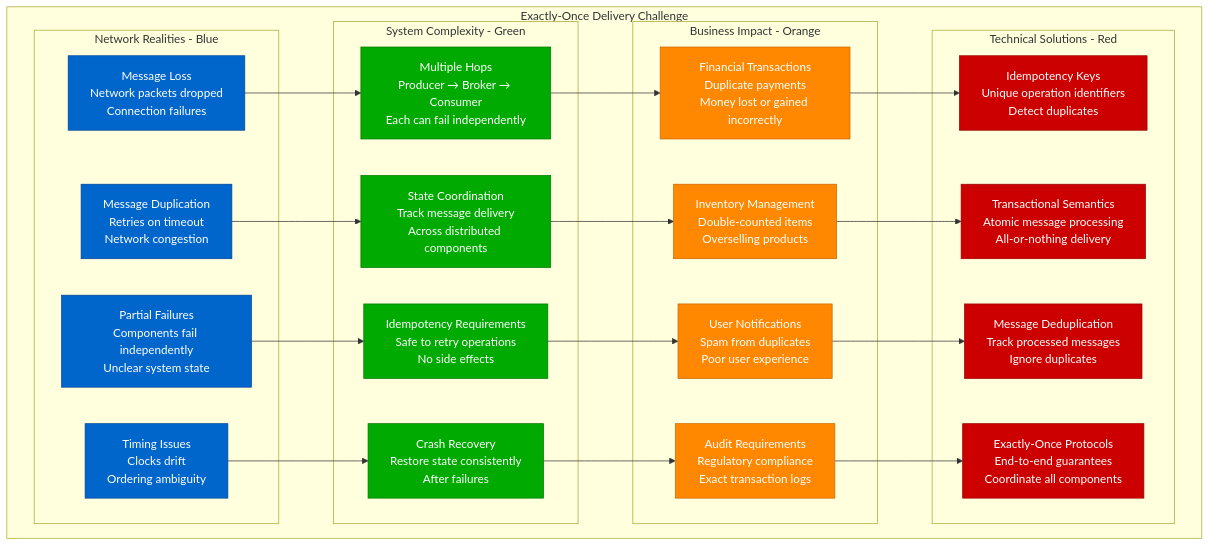
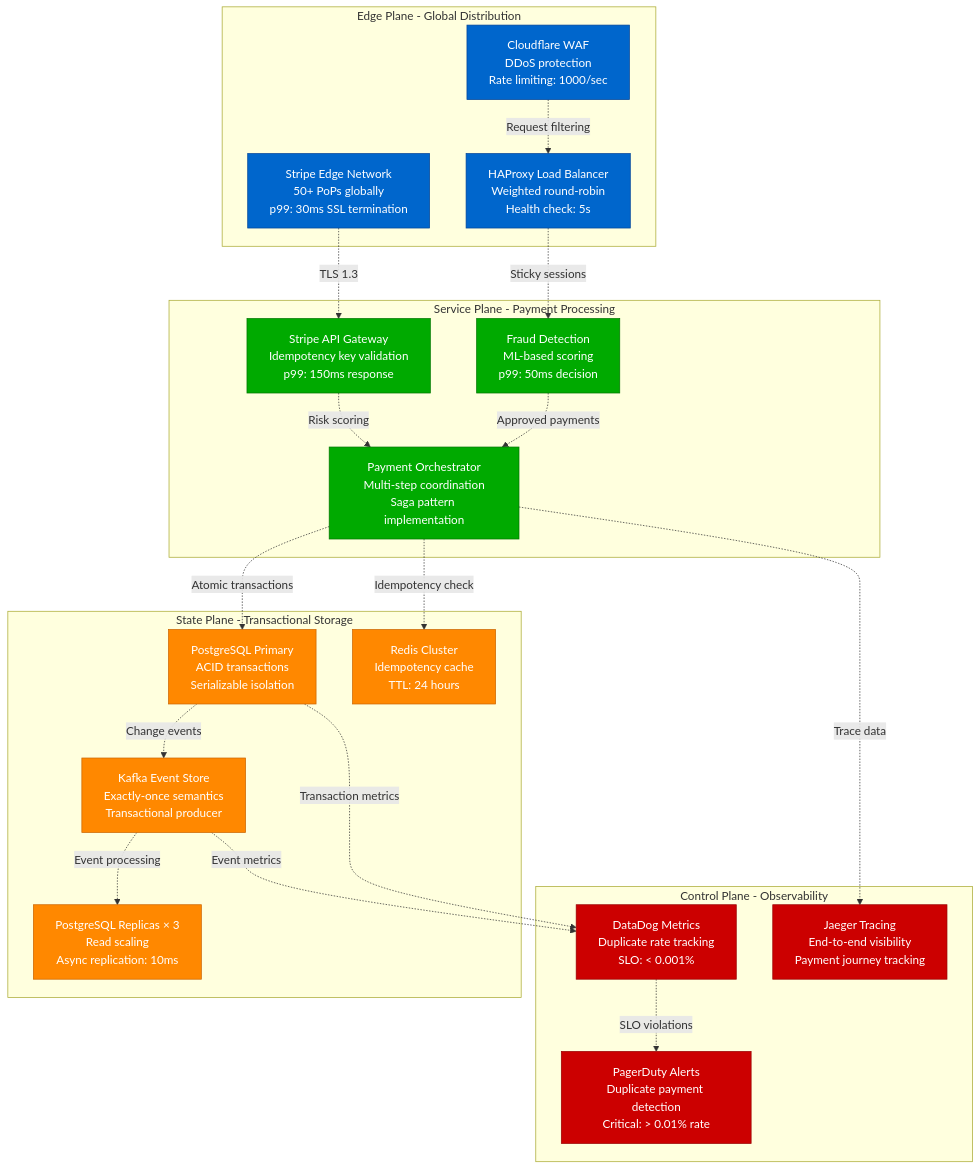
Before and after one commit to deepaucksharma/DS: the first of 10 diagrams in site/docs/guarantees/exactly-once/exactly-once-concept.md, drawn with Mermaid. The commit also changed other lines of this file and 42 other files, not shown here.

````diff
--- a/site/docs/guarantees/exactly-once/exactly-once-concept.md
+++ b/site/docs/guarantees/exactly-once/exactly-once-concept.md
@@ -9,61 +11,54 @@
 ```mermaid
 graph TB
-    subgraph ExactlyOnceChallenge[Exactly-Once Delivery Challenge]
-        subgraph NetworkRealities[Network Realities - Blue]
-            NR1[Message Loss<br/>Network packets dropped<br/>Connection failures]
-            NR2[Message Duplication<br/>Retries on timeout<br/>Network congestion]
-            NR3[Partial Failures<br/>Components fail independently<br/>Unclear system state]
-            NR4[Timing Issues<br/>Clocks drift<br/>Ordering ambiguity]
-        end
-
-        subgraph SystemComplexity[System Complexity - Green]
-            SC1[Multiple Hops<br/>Producer → Broker → Consumer<br/>Each can fail independently]
-            SC2[State Coordination<br/>Track message delivery<br/>Across distributed components]
-            SC3[Idempotency Requirements<br/>Safe to retry operations<br/>No side effects]
-            SC4[Crash Recovery<br/>Restore state consistently<br/>After failures]
-        end
-
-        subgraph BusinessImpact[Business Impact - Orange]
-            BI1[Financial Transactions<br/>Duplicate payments<br/>Money lost or gained incorrectly]
-            BI2[Inventory Management<br/>Double-counted items<br/>Overselling products]
-            BI3[User Notifications<br/>Spam from duplicates<br/>Poor user experience]
-            BI4[Audit Requirements<br/>Regulatory compliance<br/>Exact transaction logs]
-        end
-
-        subgraph TechnicalSolutions[Technical Solutions - Red]
-            TS1[Idempotency Keys<br/>Unique operation identifiers<br/>Detect duplicates]
-            TS2[Transactional Semantics<br/>Atomic message processing<br/>All-or-nothing delivery]
-            TS3[Message Deduplication<br/>Track processed messages<br/>Ignore duplicates]
-            TS4[Exactly-Once Protocols<br/>End-to-end guarantees<br/>Coordinate all components]
-        end
+    subgraph EDGE["Edge Plane - Global Distribution"]
+        CDN[Stripe Edge Network<br/>50+ PoPs globally<br/>p99: 30ms SSL termination]
+        WAF[Cloudflare WAF<br/>DDoS protection<br/>Rate limiting: 1000/sec]
+        LB[HAProxy Load Balancer<br/>Weighted round-robin<br/>Health check: 5s]
     end
 
-    %% Problem connections
-    NR1 --> SC1
-    NR2 --> SC2
-    NR3 --> SC3
-    NR4 --> SC4
+    subgraph SERVICE["Service Plane - Payment Processing"]
+        API[Stripe API Gateway<br/>Idempotency key validation<br/>p99: 150ms response]
+        FRAUD[Fraud Detection<br/>ML-based scoring<br/>p99: 50ms decision]
+        ORCHESTRATOR[Payment Orchestrator<br/>Multi-step coordination<br/>Saga pattern implementation]
+    end
 
-    %% Impact connections
-    SC1 --> BI1
-    SC2 --> BI2
-    SC3 --> BI3
-    SC4 --> BI4
+    subgraph STATE["State Plane - Transactional Storage"]
+        POSTGRES[PostgreSQL Primary<br/>ACID transactions<br/>Serializable isolation]
+        REPLICA[PostgreSQL Replicas × 3<br/>Read scaling<br/>Async replication: 10ms]
+        KAFKA[Kafka Event Store<br/>Exactly-once semantics<br/>Transactional producer]
+        CACHE[Redis Cluster<br/>Idempotency cache<br/>TTL: 24 hours]
+    end
 
-    %% Solution connections
-    BI1 --> TS1
-    BI2 --> TS2
-    BI3 --> TS3
-    BI4 --> TS4
+    subgraph CONTROL["Control Plane - Observability"]
+        METRICS[DataDog Metrics<br/>Duplicate rate tracking<br/>SLO: < 0.001%]
+        TRACES[Jaeger Tracing<br/>End-to-end visibility<br/>Payment journey tracking]
+        ALERTS[PagerDuty Alerts<br/>Duplicate payment detection<br/>Critical: > 0.01% rate]
+    end
 
-    %% Apply 4-plane colors
-    classDef networkStyle fill:#0066CC,stroke:#004499,color:#fff
-    classDef systemStyle fill:#00AA00,stroke:#007700,color:#fff
-    classDef businessStyle fill:#FF8800,stroke:#CC6600,color:#fff
-    classDef solutionStyle fill:#CC0000,stroke:#990000,color:#fff
+    CDN -.->|"TLS 1.3"| API
+    WAF -.->|"Request filtering"| LB
+    LB -.->|"Sticky sessions"| FRAUD
+    API -.->|"Risk scoring"| ORCHESTRATOR
+    FRAUD -.->|"Approved payments"| ORCHESTRATOR
 
-    class NR1,NR2,NR3,NR4 networkStyle
-    class SC1,SC2,SC3,SC4 systemStyle
-    class BI1,BI2,BI3,BI4 businessStyle
-    class TS1,TS2,TS3,TS4 solutionStyle
+    ORCHESTRATOR -.->|"Atomic transactions"| POSTGRES
+    ORCHESTRATOR -.->|"Idempotency check"| CACHE
+    POSTGRES -.->|"Change events"| KAFKA
+    KAFKA -.->|"Event processing"| REPLICA
+
+    POSTGRES -.->|"Transaction metrics"| METRICS
+    KAFKA -.->|"Event metrics"| METRICS
+    ORCHESTRATOR -.->|"Trace data"| TRACES
+    METRICS -.->|"SLO violations"| ALERTS
+
+    %% Production 4-plane colors
+    classDef edge fill:#0066CC,stroke:#004499,color:#fff
+    classDef service fill:#00AA00,stroke:#007700,color:#fff
+    classDef state fill:#FF8800,stroke:#CC6600,color:#fff
+    classDef control fill:#CC0000,stroke:#990000,color:#fff
+
+    class CDN,WAF,LB edge
+    class API,FRAUD,ORCHESTRATOR service
+    class POSTGRES,REPLICA,KAFKA,CACHE state
+    class METRICS,TRACES,ALERTS control
 ```
````
